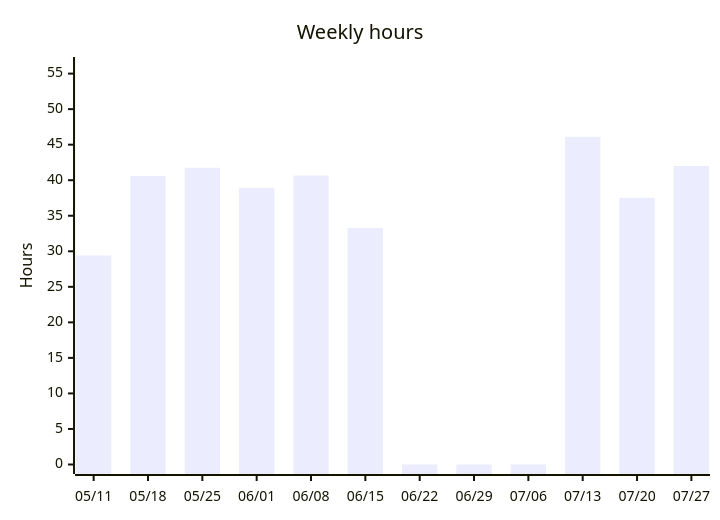
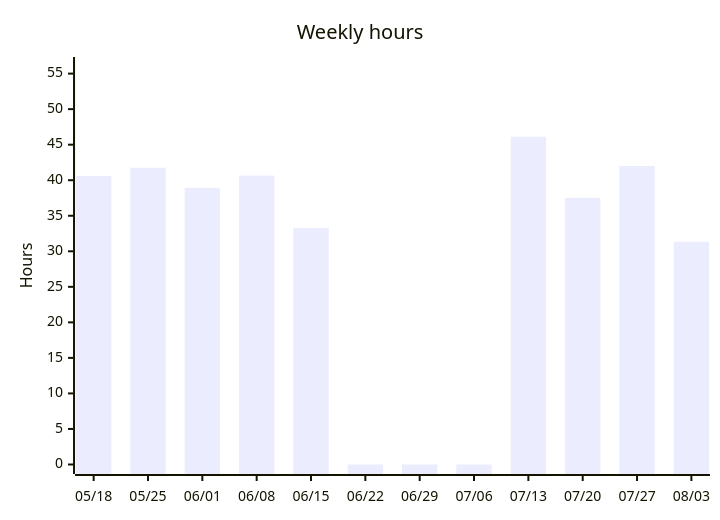
One commit to albinforsberg-netizen/timeclock changed the third of 5 diagrams in README.org. Above: the diagram before and after it, drawn with Mermaid. The commit also changed other lines of this file, not shown here.

```diff
--- a/README.org
+++ b/README.org
@@ -107,7 +107,7 @@
 #+begin_src mermaid
 xychart-beta
     title "Weekly hours"
-    x-axis ["05/11", "05/18", "05/25", "06/01", "06/08", "06/15", "06/22", "06/29", "07/06", "07/13", "07/20", "07/27"]
+    x-axis ["05/18", "05/25", "06/01", "06/08", "06/15", "06/22", "06/29", "07/06", "07/13", "07/20", "07/27", "08/03"]
     y-axis "Hours" 0 --> 56
-    bar [29.40, 40.60, 41.76, 38.93, 40.65, 33.27, 0.00, 0.00, 0.00, 46.12, 37.52, 42.00]
+    bar [40.60, 41.76, 38.93, 40.65, 33.27, 0.00, 0.00, 0.00, 46.12, 37.52, 42.00, 31.34]
 #+end_src
```
